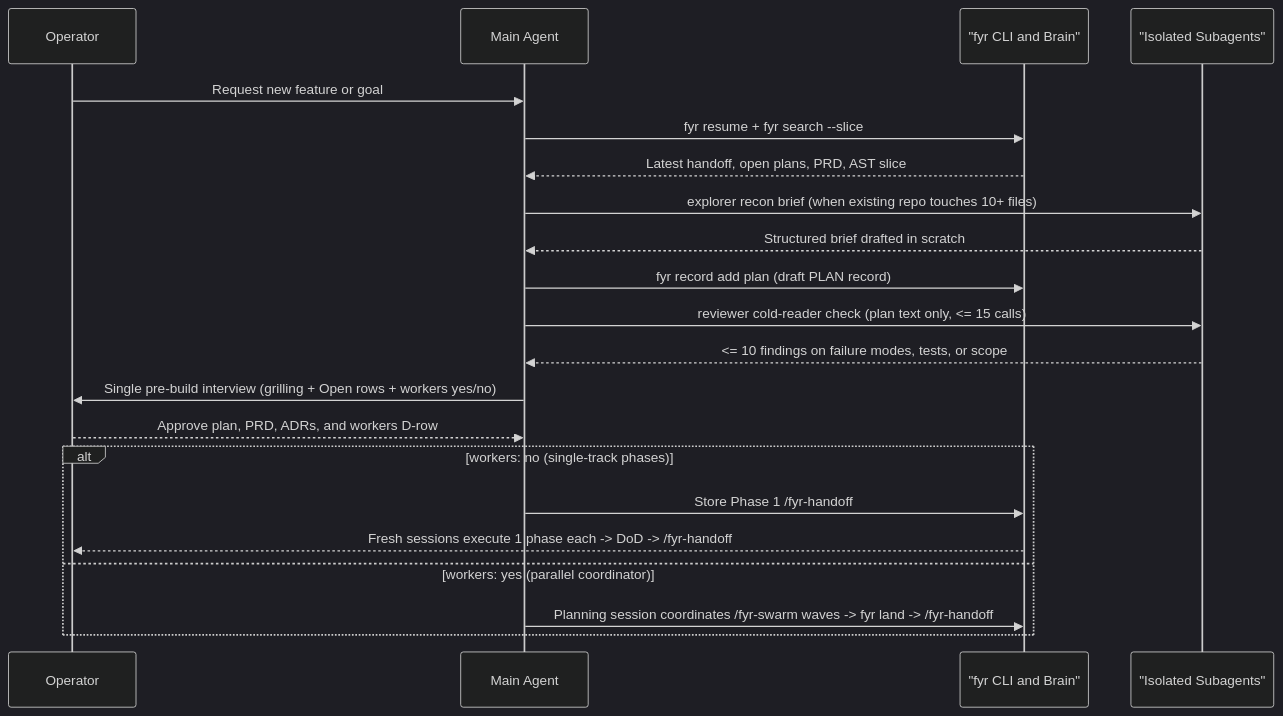
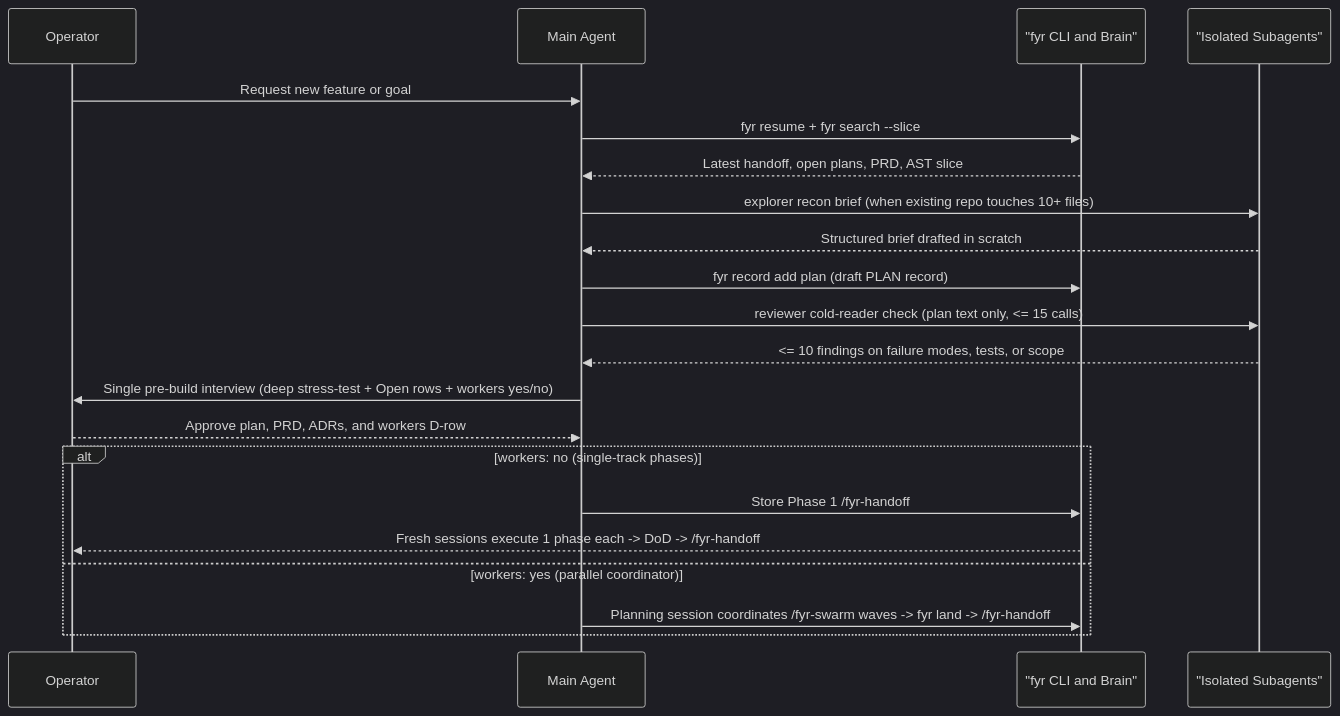
The third of 6 diagrams in Workflow.md (kesokaj/fyr), drawn with Mermaid (dark theme) before and after one commit. The commit also changed other lines of this file and 1185 other files, not shown here.

````diff
--- a/Workflow.md
+++ b/Workflow.md
@@ -80,23 +80,23 @@
 ```mermaid
 sequenceDiagram
     participant Op as Operator
     participant Lead as Main Agent
     participant Fyr as "fyr CLI and Brain"
     participant Sub as "Isolated Subagents"
     Op->>Lead: Request new feature or goal
     Lead->>Fyr: fyr resume + fyr search --slice
     Fyr-->>Lead: Latest handoff, open plans, PRD, AST slice
     Lead->>Sub: explorer recon brief (when existing repo touches 10+ files)
     Sub-->>Lead: Structured brief drafted in scratch
     Lead->>Fyr: fyr record add plan (draft PLAN record)
     Lead->>Sub: reviewer cold-reader check (plan text only, <= 15 calls)
     Sub-->>Lead: <= 10 findings on failure modes, tests, or scope
-    Lead->>Op: Single pre-build interview (grilling + Open rows + workers yes/no)
+    Lead->>Op: Single pre-build interview (deep stress-test + Open rows + workers yes/no)
     Op-->>Lead: Approve plan, PRD, ADRs, and workers D-row
     alt workers: no (single-track phases)
         Lead->>Fyr: Store Phase 1 /fyr-handoff ## Kickoff and end planning session
         Fyr-->>Op: Fresh sessions execute 1 phase each -> DoD -> /fyr-handoff
     else workers: yes (parallel coordinator)
         Lead->>Fyr: Planning session coordinates /fyr-swarm waves -> fyr land -> /fyr-handoff
     end
 ```
````
